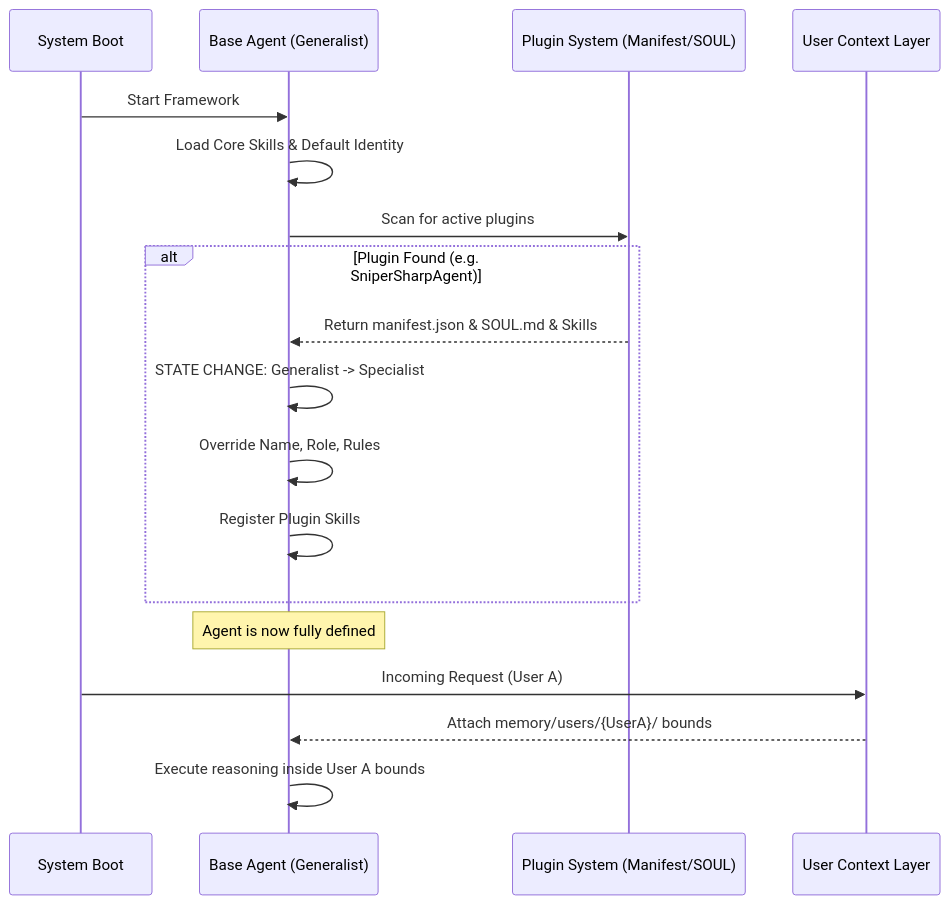
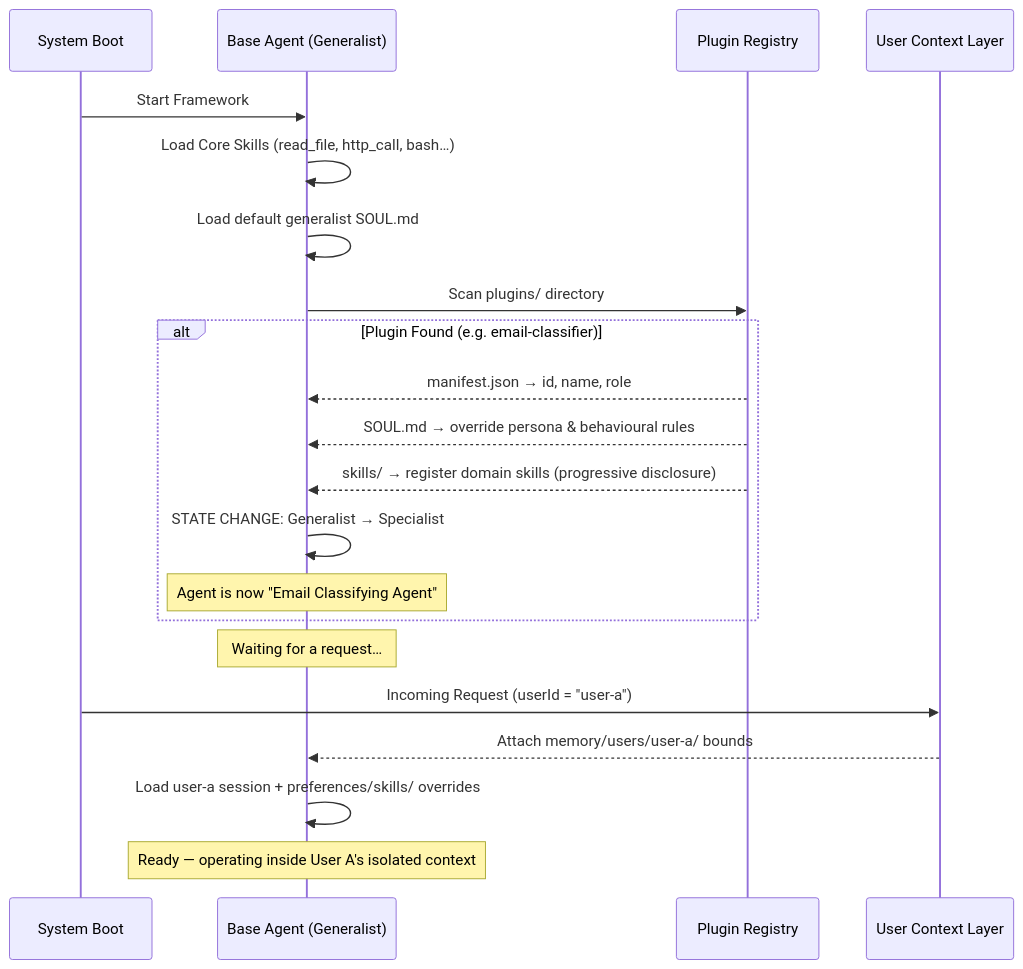
The first of 4 diagrams in docs/PROPOSED_ARCHITECTURE_DIAGRAM.md (abhinavjp/sniper-sharp-agent), drawn with Mermaid before and after one commit. The commit also changed other lines of this file and 6 other files, not shown here.

First line of the commit message:
docs: clarify plugin-per-worker architecture and update all diagrams

````diff
--- a/docs/PROPOSED_ARCHITECTURE_DIAGRAM.md
+++ b/docs/PROPOSED_ARCHITECTURE_DIAGRAM.md
@@ -7,24 +9,27 @@
 ```mermaid
 sequenceDiagram
-    participant Boot as System Boot
-    participant Core as Base Agent (Generalist)
-    participant Plugin as Plugin System (Manifest/SOUL)
+    participant Boot   as System Boot
+    participant Base   as Base Agent (Generalist)
+    participant Plugin as Plugin Registry
     participant Memory as User Context Layer
-    
-    Boot->>Core: Start Framework
-    Core->>Core: Load Core Skills & Default Identity
-    Core->>Plugin: Scan for active plugins
-    
-    alt Plugin Found (e.g. SniperSharpAgent)
-        Plugin-->>Core: Return manifest.json & SOUL.md & Skills
-        Core->>Core: STATE CHANGE: Generalist -> Specialist
-        Core->>Core: Override Name, Role, Rules
-        Core->>Core: Register Plugin Skills
+
+    Boot  ->> Base:   Start Framework
+    Base  ->> Base:   Load Core Skills (read_file, http_call, bash…)
+    Base  ->> Base:   Load default generalist SOUL.md
+    Base  ->> Plugin: Scan plugins/ directory
+
+    alt Plugin Found (e.g. email-classifier)
+        Plugin -->> Base: manifest.json  →  id, name, role
+        Plugin -->> Base: SOUL.md        →  override persona & behavioural rules
+        Plugin -->> Base: skills/        →  register domain skills (progressive disclosure)
+        Base  ->> Base:   STATE CHANGE: Generalist → Specialist
+        Note over Base: Agent is now "Email Classifying Agent"
     end
-    
-    Note over Core: Agent is now fully defined
-    
-    Boot->>Memory: Incoming Request (User A)
-    Memory-->>Core: Attach memory/users/{UserA}/ bounds
-    Core->>Core: Execute reasoning inside User A bounds
+
+    Note over Base: Waiting for a request…
+
+    Boot  ->> Memory: Incoming Request (userId = "user-a")
+    Memory -->> Base: Attach memory/users/user-a/ bounds
+    Base  ->> Base:   Load user-a session + preferences/skills/ overrides
+    Note over Base: Ready — operating inside User A's isolated context
 ```
````
